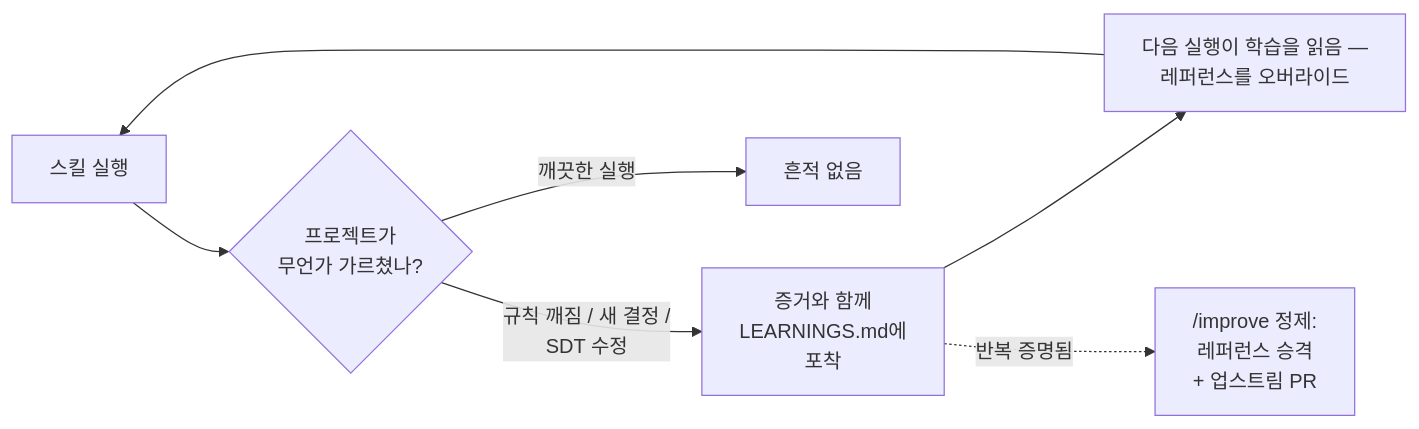
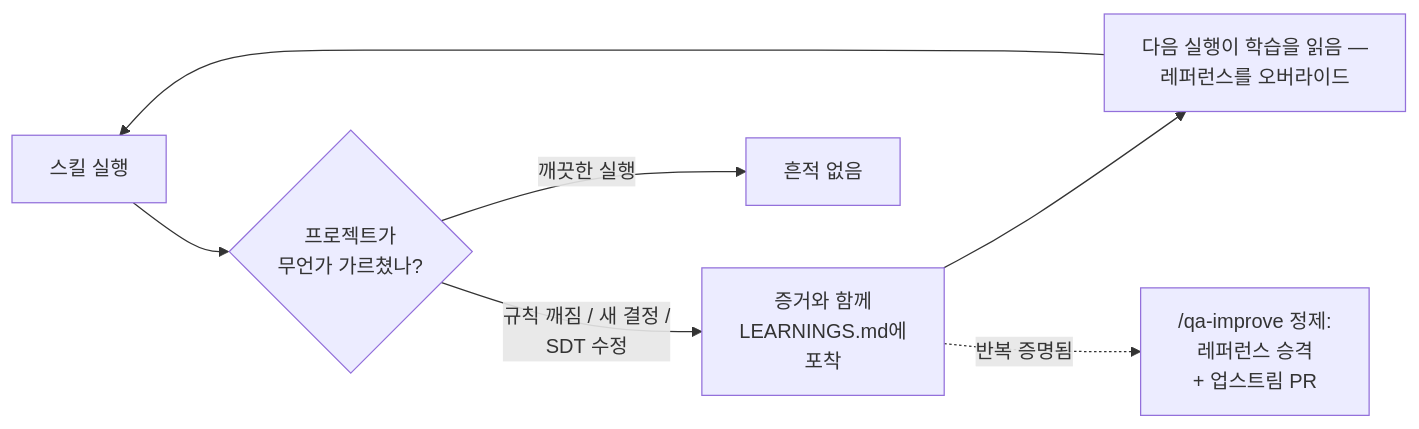
Before and after one commit to TimothyHan/qa-buddy-skills: the diagram in README.md, drawn with Mermaid. The commit also changed other lines of this file and 49 other files, not shown here.

````diff
--- a/README.md
+++ b/README.md
@@ -240,9 +243,9 @@
 ```mermaid
 flowchart LR
     A[스킬 실행] --> B{프로젝트가<br>무언가 가르쳤나?}
     B -- "규칙 깨짐 / 새 결정 /<br>SDT 수정" --> C[증거와 함께<br>LEARNINGS.md에<br>포착]
     B -- 깨끗한 실행 --> D[흔적 없음]
     C --> E[다음 실행이 학습을 읽음 —<br>레퍼런스를 오버라이드]
     E --> A
-    C -. 반복 증명됨 .-> F["/improve 정제:<br>레퍼런스 승격<br>+ 업스트림 PR"]
+    C -. 반복 증명됨 .-> F["/qa-improve 정제:<br>레퍼런스 승격<br>+ 업스트림 PR"]
 ```
````
